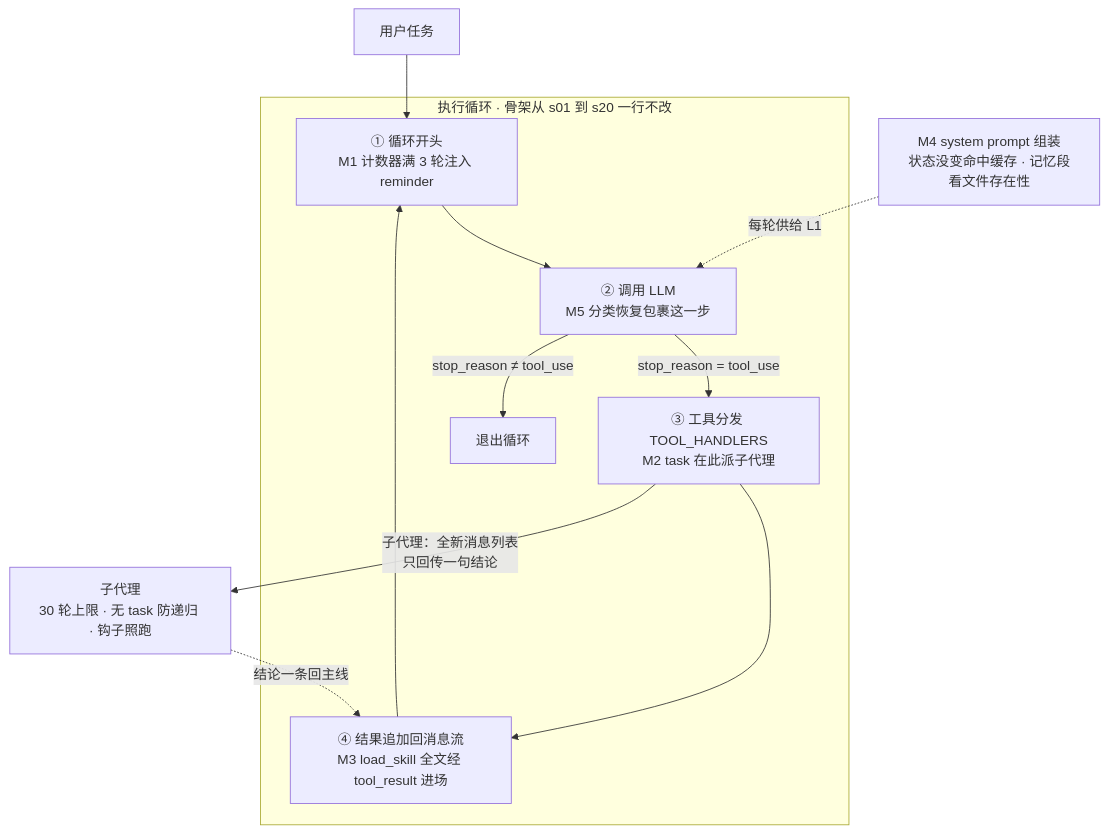
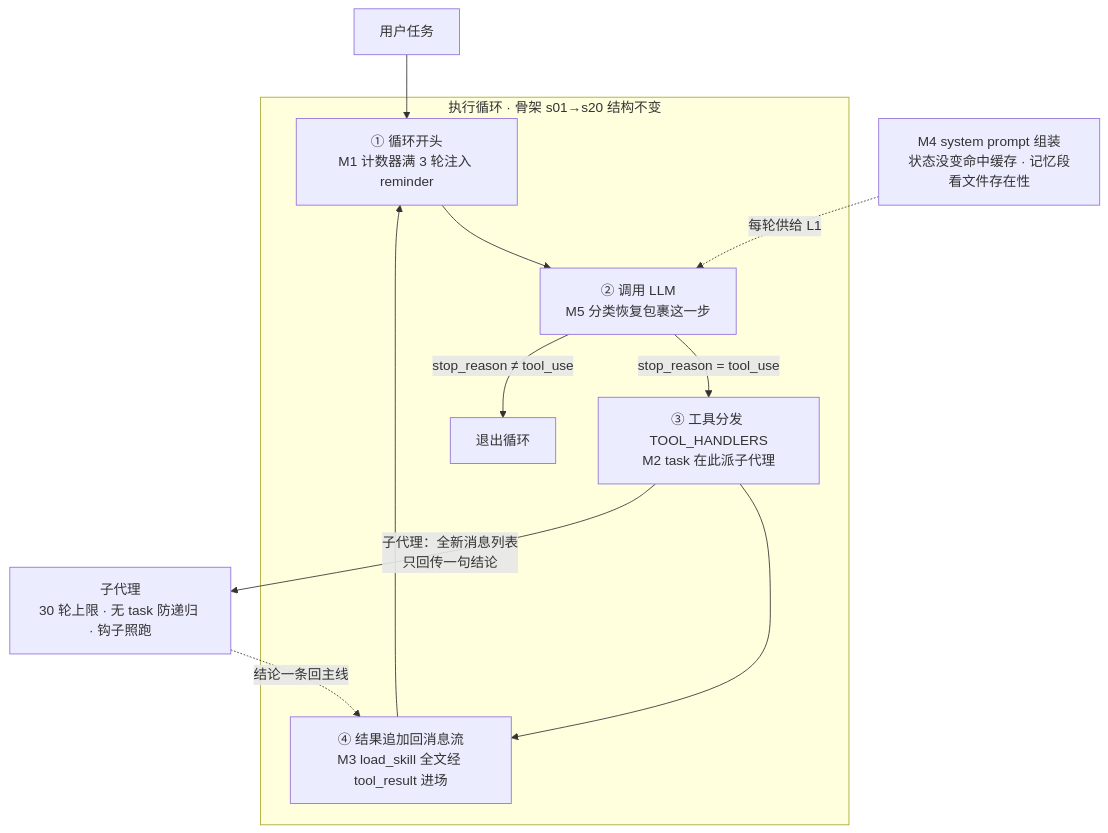
The diagram in docs/assets/mermaid/agent-harness/claude-code-planning-control--five-mechanisms.mmd (ThreeFish-AI/negentropy), drawn with Mermaid before and after one commit. The commit also changed 1 other file, not shown here.

Commit message:
docs(planning-control): 全景图「一行不改」过度声称改为「结构不变」;
评审发现：mmd 子图标签与 archify 结论卡的「骨架从 s01 到 s20 一行不改」
与 176 §10 自我修正口径（循环体偶有小改：s10 改用组装函数取指令、
s11 给调用包上恢复逻辑）冲突，§11-5 恰批评课程台账同款过度声称。
改为「骨架 s01→s20 结构不变」，与 mermaid README 备注口径对齐；
PNG 经实采字节一致（结论卡为 SVG 外 HTML，本就不进栅格），无需变更。

🤖 Generated with [Claude Code](https://github.com/claude), [CodeX](https://openai.com), [Gemini](https://github.com/apps/gemini-code-assist)

```diff
--- a/docs/assets/mermaid/agent-harness/claude-code-planning-control--five-mechanisms.mmd
+++ b/docs/assets/mermaid/agent-harness/claude-code-planning-control--five-mechanisms.mmd
@@ -1,16 +1,16 @@
 %% source: docs/research/agent-harness/176-claude-code-planning-control-deep-read.md §2
 %% slug: claude-code-planning-control--five-mechanisms
 %% type: workflow
 %% derived: docs/assets/architecture/agent-harness/claude-code-planning-control--five-mechanisms.html
 flowchart TD
     U["用户任务"] --> L0
-    subgraph LOOP["执行循环 · 骨架从 s01 到 s20 一行不改"]
+    subgraph LOOP["执行循环 · 骨架 s01→s20 结构不变"]
         L0["① 循环开头<br/>M1 计数器满 3 轮注入 reminder"] --> L1["② 调用 LLM<br/>M5 分类恢复包裹这一步"]
         L1 -->|"stop_reason = tool_use"| L2["③ 工具分发 TOOL_HANDLERS<br/>M2 task 在此派子代理"]
         L2 --> L3["④ 结果追加回消息流<br/>M3 load_skill 全文经 tool_result 进场"]
         L3 --> L0
         L1 -->|"stop_reason ≠ tool_use"| E["退出循环"]
     end
     M4["M4 system prompt 组装<br/>状态没变命中缓存 · 记忆段看文件存在性"] -.每轮供给 L1.-> L1
     L2 -->|"子代理：全新消息列表<br/>只回传一句结论"| SUB["子代理<br/>30 轮上限 · 无 task 防递归 · 钩子照跑"]
     SUB -.结论一条回主线.-> L3
```
